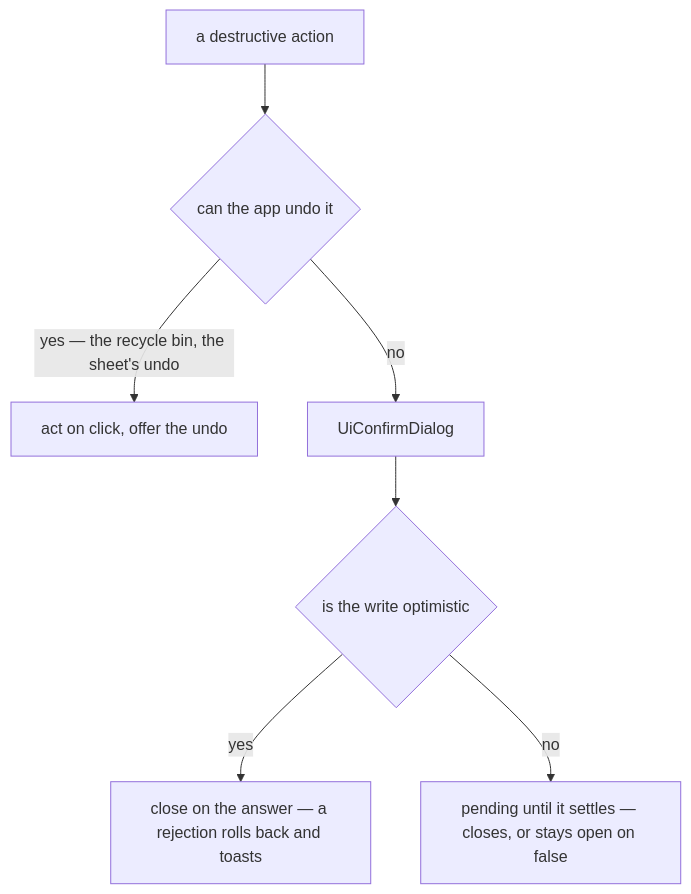
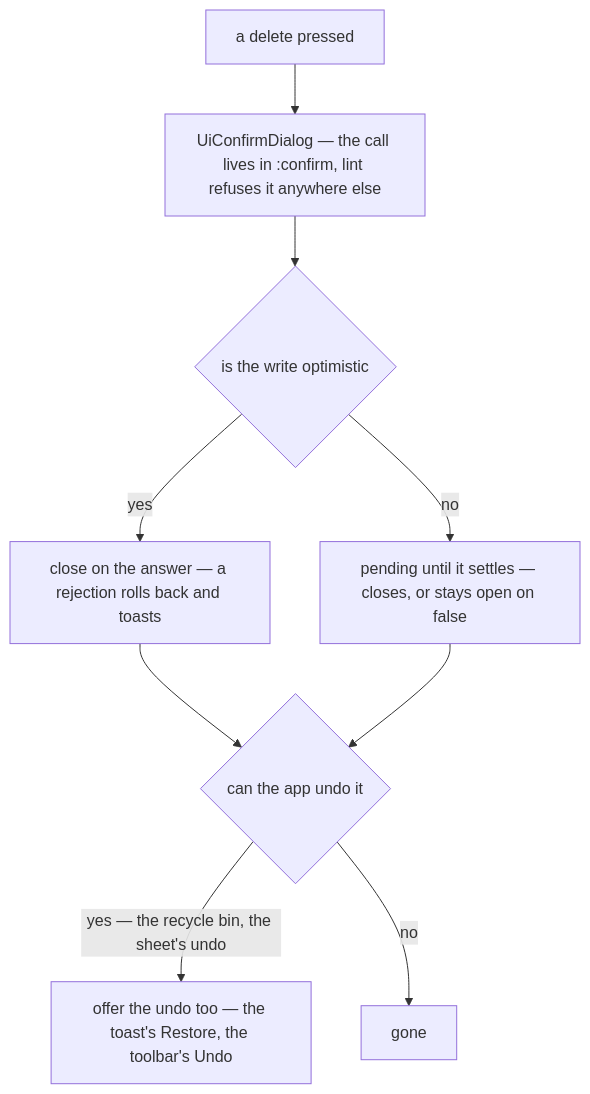
The diagram in apps/web/content/docs/architecture/destructive-confirmation.md (Esposter/Esposter), drawn with Mermaid before and after one commit. The commit also changed other lines of this file and 59 other files, not shown here.

First line of the commit message:
feat(ui): every delete asks first, and a lint rule holds it

````diff
--- a/apps/web/content/docs/architecture/destructive-confirmation.md
+++ b/apps/web/content/docs/architecture/destructive-confirmation.md
@@ -15,9 +17,11 @@
 ```mermaid
 flowchart TD
-  ACT["a destructive action"] --> UNDO{"can the app undo it"}
-  UNDO -->|"yes — the recycle bin, the sheet's undo"| NOW["act on click, offer the undo"]
-  UNDO -->|"no"| DIALOG["UiConfirmDialog"]
+  PRESS["a delete pressed"] --> DIALOG["UiConfirmDialog — the call lives in :confirm, lint refuses it anywhere else"]
   DIALOG --> WRITE{"is the write optimistic"}
   WRITE -->|"yes"| CLOSE["close on the answer — a rejection rolls back and toasts"]
   WRITE -->|"no"| WAIT["pending until it settles — closes, or stays open on false"]
+  CLOSE --> UNDO{"can the app undo it"}
+  WAIT --> UNDO
+  UNDO -->|"yes — the recycle bin, the sheet's undo"| OFFER["offer the undo too — the toast's Restore, the toolbar's Undo"]
+  UNDO -->|"no"| DONE["gone"]
 ```
````
